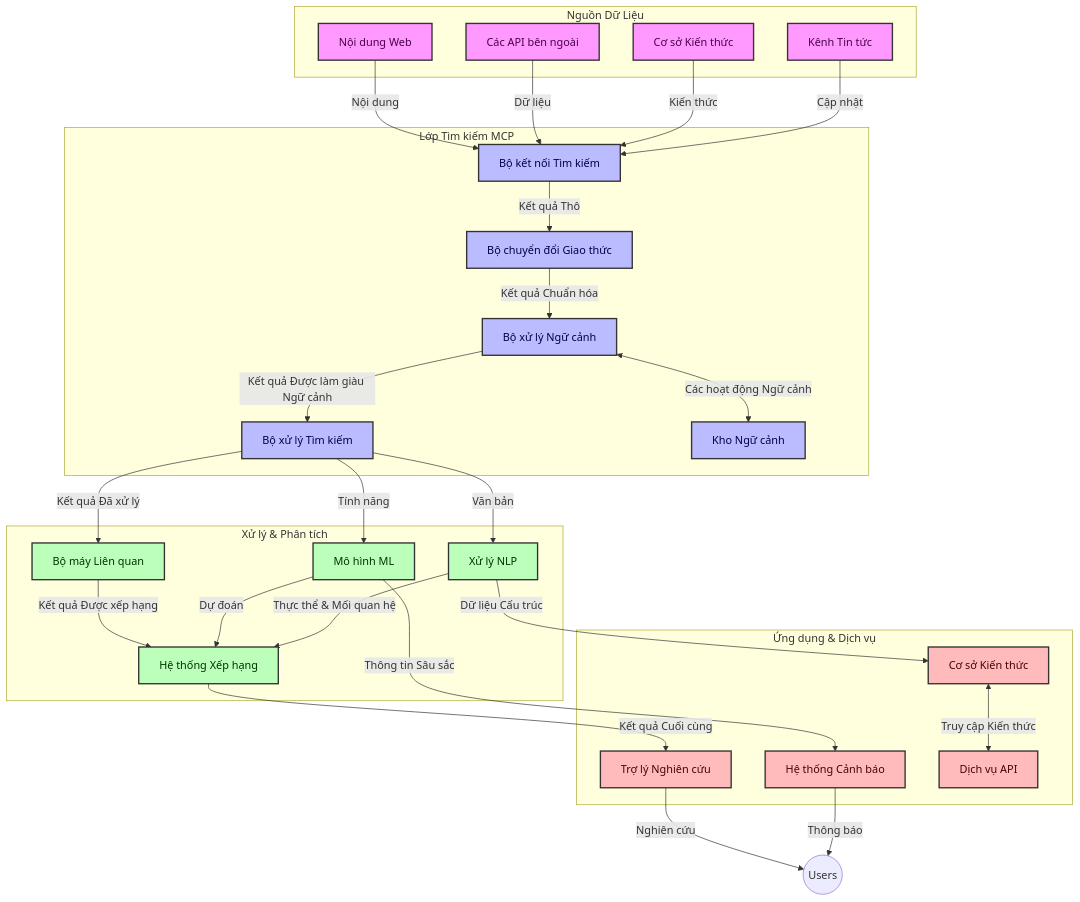
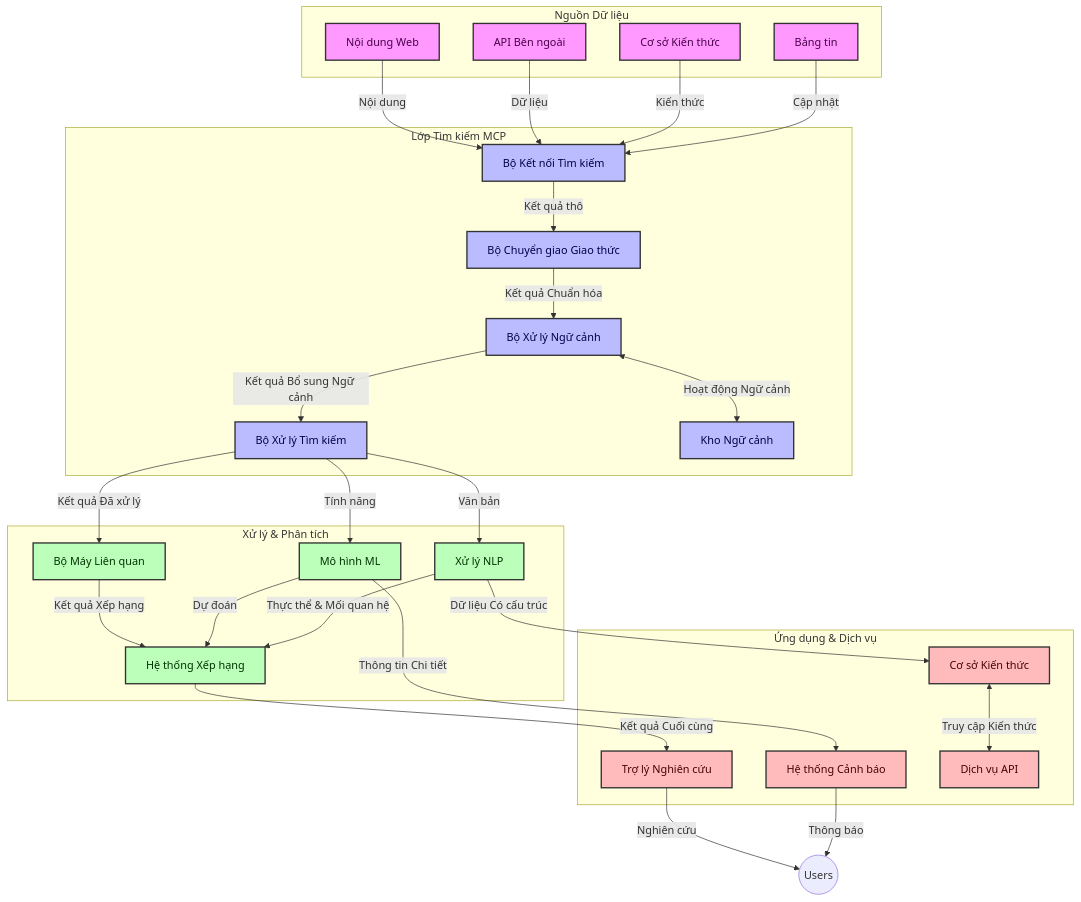
Before and after one commit to microsoft/mcp-for-beginners: the first of 4 diagrams in translations/vi/05-AdvancedTopics/mcp-realtimesearch/README.md, drawn with Mermaid. The commit also changed other lines of this file and 139 other files, not shown here.

````diff
--- a/translations/vi/05-AdvancedTopics/mcp-realtimesearch/README.md
+++ b/translations/vi/05-AdvancedTopics/mcp-realtimesearch/README.md
@@ -109,66 +109,66 @@
 ```mermaid
 graph TD
-    subgraph "Nguồn Dữ Liệu"
+    subgraph "Nguồn Dữ liệu"
         Web[Nội dung Web]
-        APIs[Các API bên ngoài]
+        APIs[API Bên ngoài]
         DB[Cơ sở Kiến thức]
-        News[Kênh Tin tức]
+        News[Bảng tin]
     end
 
     subgraph "Lớp Tìm kiếm MCP"
-        SC[Bộ kết nối Tìm kiếm]
-        PA[Bộ chuyển đổi Giao thức]
-        CH[Bộ xử lý Ngữ cảnh]
-        SP[Bộ xử lý Tìm kiếm]
+        SC[Bộ Kết nối Tìm kiếm]
+        PA[Bộ Chuyển giao Giao thức]
+        CH[Bộ Xử lý Ngữ cảnh]
+        SP[Bộ Xử lý Tìm kiếm]
         CS[Kho Ngữ cảnh]
     end
 
     subgraph "Xử lý & Phân tích"
-        RE[Bộ máy Liên quan]
+        RE[Bộ Máy Liên quan]
         ML[Mô hình ML]
         NLP[Xử lý NLP]
         Rank[Hệ thống Xếp hạng]
     end
 
     subgraph "Ứng dụng & Dịch vụ"
         RA[Trợ lý Nghiên cứu]
         Alerts[Hệ thống Cảnh báo]
         KB[Cơ sở Kiến thức]
         API[Dịch vụ API]
     end
 
     Web -->|Nội dung| SC
     APIs -->|Dữ liệu| SC
     DB -->|Kiến thức| SC
     News -->|Cập nhật| SC
     
-    SC -->|Kết quả Thô| PA
+    SC -->|Kết quả thô| PA
     PA -->|Kết quả Chuẩn hóa| CH
-    CH <-->|Các hoạt động Ngữ cảnh| CS
-    CH -->|Kết quả Được làm giàu Ngữ cảnh| SP
+    CH <-->|Hoạt động Ngữ cảnh| CS
+    CH -->|Kết quả Bổ sung Ngữ cảnh| SP
     SP -->|Kết quả Đã xử lý| RE
     SP -->|Tính năng| ML
     SP -->|Văn bản| NLP
     
-    RE -->|Kết quả Được xếp hạng| Rank
+    RE -->|Kết quả Xếp hạng| Rank
     ML -->|Dự đoán| Rank
     NLP -->|Thực thể & Mối quan hệ| Rank
     
     Rank -->|Kết quả Cuối cùng| RA
-    ML -->|Thông tin Sâu sắc| Alerts
-    NLP -->|Dữ liệu Cấu trúc| KB
+    ML -->|Thông tin Chi tiết| Alerts
+    NLP -->|Dữ liệu Có cấu trúc| KB
     
     RA -->|Nghiên cứu| Users((Users))
     Alerts -->|Thông báo| Users
     KB <-->|Truy cập Kiến thức| API
 
     classDef sources fill:#f9f,stroke:#333,stroke-width:2px,color:#4a004a
     classDef mcp fill:#bbf,stroke:#333,stroke-width:2px,color:#00004a
     classDef processing fill:#bfb,stroke:#333,stroke-width:2px,color:#003300
     classDef apps fill:#fbb,stroke:#333,stroke-width:2px,color:#4a0000
     
     class Web,APIs,DB,News sources
     class SC,PA,CH,SP,CS mcp
     class RE,ML,NLP,Rank processing
     class RA,Alerts,KB,API apps
 ```
````
